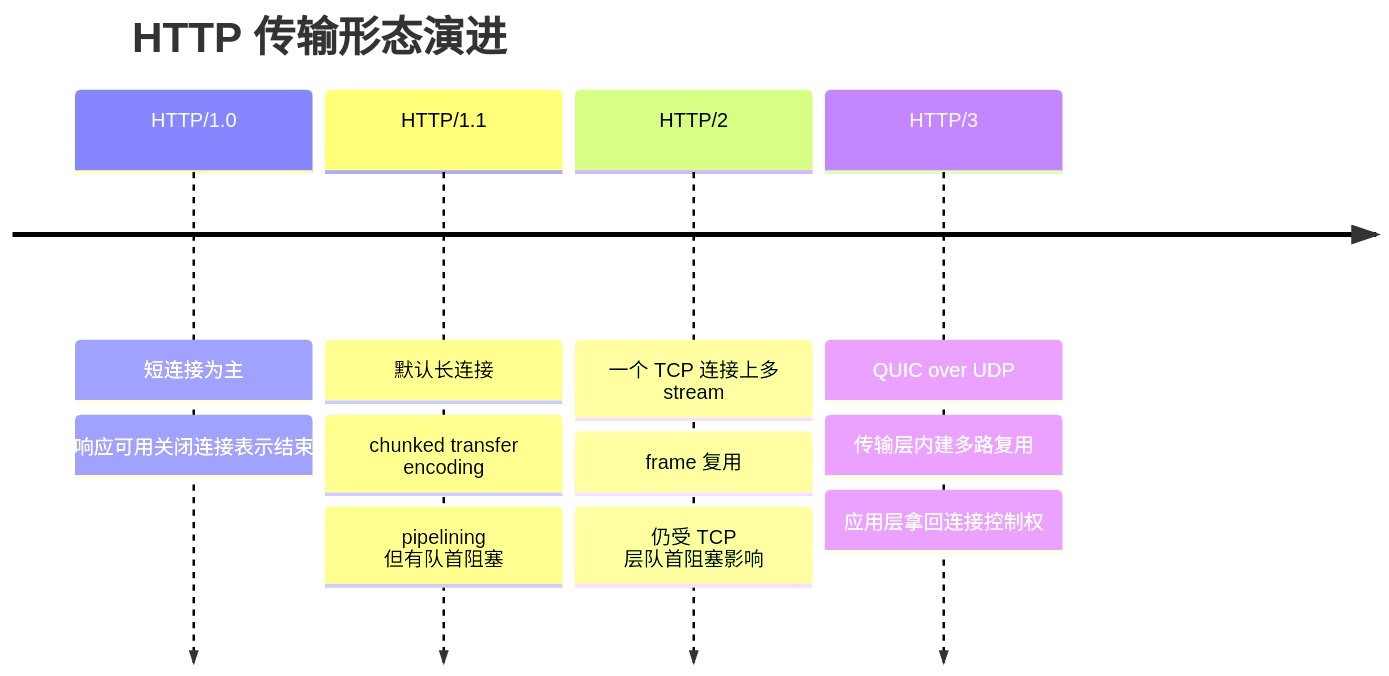
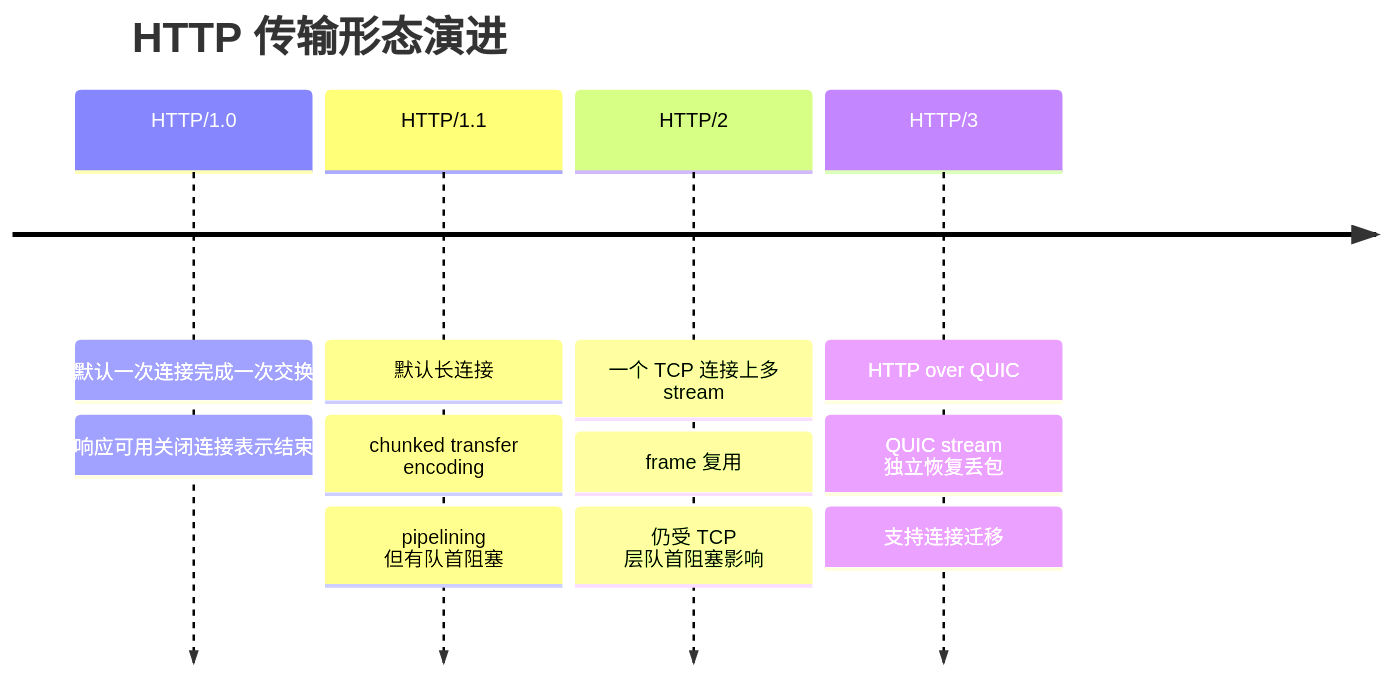
One commit to puppylpg/puppylpg.github.io changed the first of 3 diagrams in _posts/2023-02-19-http123.md. Above: the diagram before and after it, drawn with Mermaid. The commit also changed other lines of this file, not shown here.

Commit message:
docs: clarify HTTP transport evolution

````diff
--- a/_posts/2023-02-19-http123.md
+++ b/_posts/2023-02-19-http123.md
@@ -16,8 +18,8 @@
 ```mermaid
 timeline
     title HTTP 传输形态演进
-    HTTP/1.0 : 短连接为主 : 响应可用关闭连接表示结束
+    HTTP/1.0 : 默认一次连接完成一次交换 : 响应可用关闭连接表示结束
     HTTP/1.1 : 默认长连接 : chunked transfer encoding : pipelining 但有队首阻塞
     HTTP/2 : 一个 TCP 连接上多 stream : frame 复用 : 仍受 TCP 层队首阻塞影响
-    HTTP/3 : QUIC over UDP : 传输层内建多路复用 : 应用层拿回连接控制权
+    HTTP/3 : HTTP over QUIC : QUIC stream 独立恢复丢包 : 支持连接迁移
 ```
````
